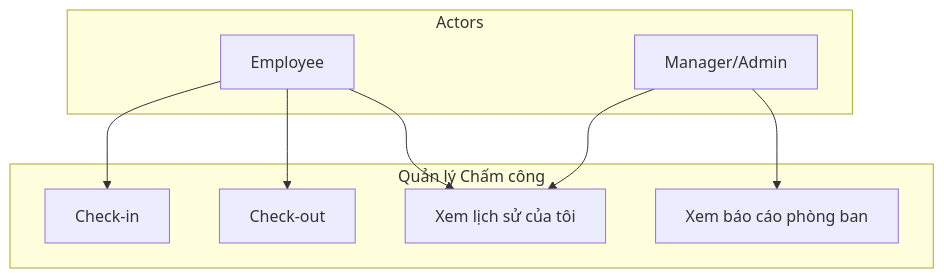
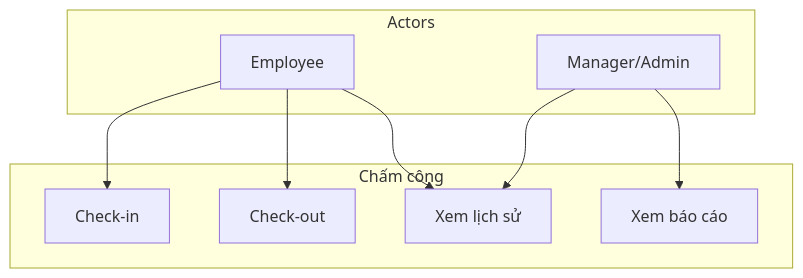
The third of 8 diagrams in docs/SRS.md (nghiaxh/hr-management), drawn with Mermaid before and after one commit. The commit also changed other lines of this file and 8 other files, not shown here.

````diff
--- a/docs/SRS.md
+++ b/docs/SRS.md
@@ -568,20 +739,15 @@
 ```mermaid
 graph TB
     subgraph Actors
-        E[Employee]
-        M[Manager/Admin]
+        EEE[Employee]
+        MMM[Manager/Admin]
     end
-
-    subgraph "Quản lý Chấm công"
-        UC1[Check-in]
-        UC2[Check-out]
-        UC3[Xem lịch sử của tôi]
-        UC4[Xem báo cáo phòng ban]
+    subgraph "Chấm công"
+        UC1C[Check-in]
+        UC2C[Check-out]
+        UC3C[Xem lịch sử]
+        UC4C[Xem báo cáo]
     end
-
-    E --> UC1
-    E --> UC2
-    E --> UC3
-    M --> UC4
-    M --> UC3
+    EEE --> UC1C & UC2C & UC3C
+    MMM --> UC4C & UC3C
 ```
````
